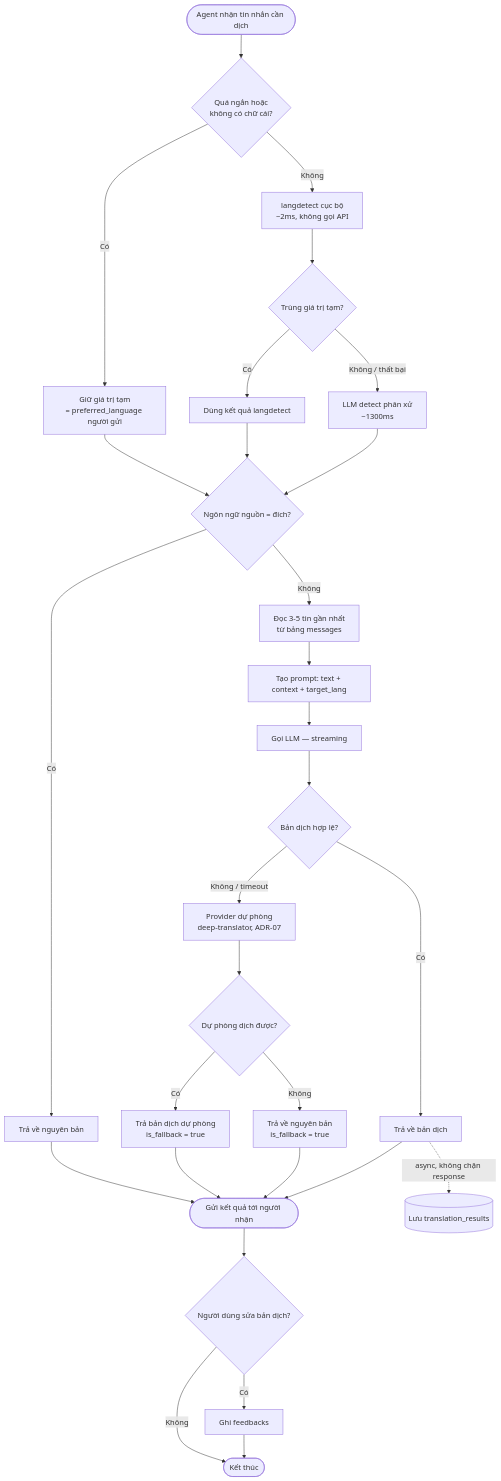
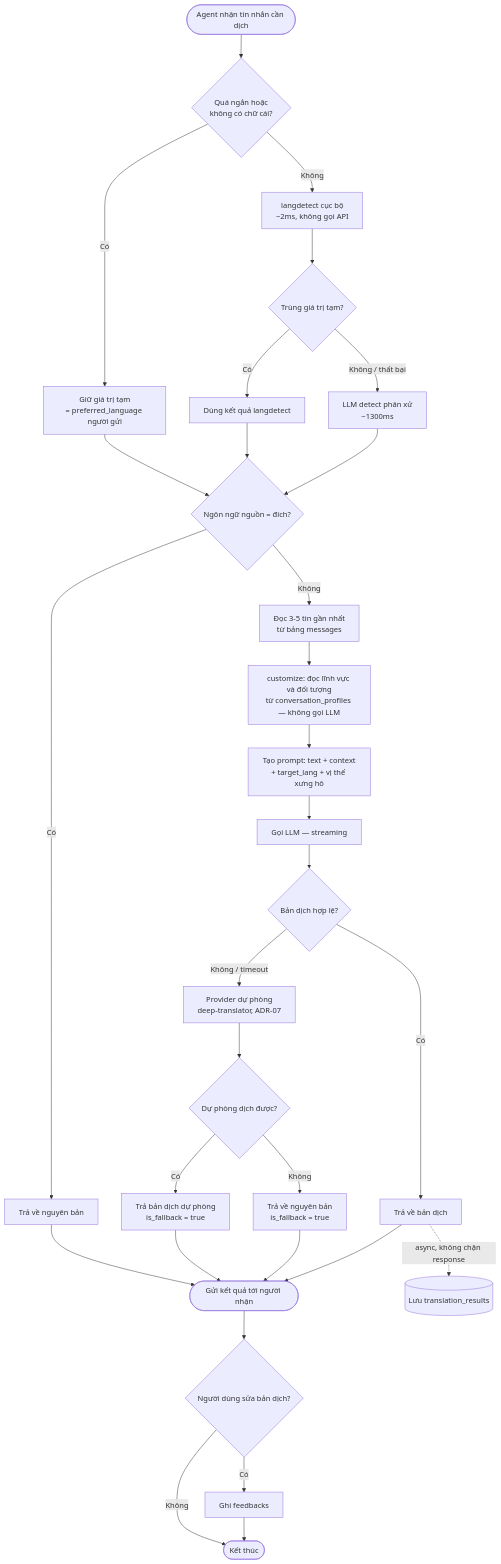
One commit to minh20003/linguaflow-ai changed the second of 6 diagrams in docs/architecture_diagram.md. Above: the diagram before and after it, drawn with Mermaid. The commit also changed 14 other files, not shown here.

````diff
--- a/docs/architecture_diagram.md
+++ b/docs/architecture_diagram.md
@@ -39,38 +39,39 @@
 ```mermaid
 graph TD
     START([Agent nhận tin nhắn cần dịch]) --> TooShort{Quá ngắn hoặc<br/>không có chữ cái?}
     TooShort -->|Có| UseTemp[Giữ giá trị tạm<br/>= preferred_language người gửi]
     TooShort -->|Không| Local[langdetect cục bộ<br/>~2ms, không gọi API]
     Local --> Agree{Trùng giá trị tạm?}
     Agree -->|Có| UseLocal[Dùng kết quả langdetect]
     Agree -->|Không / thất bại| LLMDetect[LLM detect phân xử<br/>~1300ms]
 
     UseTemp --> SameLang
     UseLocal --> SameLang
     LLMDetect --> SameLang
 
     SameLang{Ngôn ngữ nguồn = đích?}
     SameLang -->|Có| ReturnOriginal[Trả về nguyên bản]
     SameLang -->|Không| BuildContext[Đọc 3-5 tin gần nhất<br/>từ bảng messages]
-    BuildContext --> Prompt[Tạo prompt: text + context + target_lang]
+    BuildContext --> Customize[customize: đọc lĩnh vực và đối tượng<br/>từ conversation_profiles — không gọi LLM]
+    Customize --> Prompt[Tạo prompt: text + context<br/>+ target_lang + vị thế xưng hô]
     Prompt --> CallLLM[Gọi LLM — streaming]
     CallLLM --> Valid{Bản dịch hợp lệ?}
     Valid -->|Không / timeout| FallbackProvider[Provider dự phòng<br/>deep-translator, ADR-07]
     Valid -->|Có| ReturnTranslated[Trả về bản dịch]
 
     FallbackProvider --> FallbackOk{Dự phòng dịch được?}
     FallbackOk -->|Có| ReturnFallback[Trả bản dịch dự phòng<br/>is_fallback = true]
     FallbackOk -->|Không| ReturnOriginalOnError[Trả về nguyên bản<br/>is_fallback = true]
 
     ReturnOriginal --> Deliver([Gửi kết quả tới người nhận])
     ReturnFallback --> Deliver
     ReturnOriginalOnError --> Deliver
     ReturnTranslated --> Deliver
 
     ReturnTranslated -.async, không chặn response.-> Persist[(Lưu translation_results)]
 
     Deliver --> HasEdit{Người dùng sửa bản dịch?}
     HasEdit -->|Không| END([Kết thúc])
     HasEdit -->|Có| Correction[Ghi feedbacks]
     Correction --> END
 ```
````
